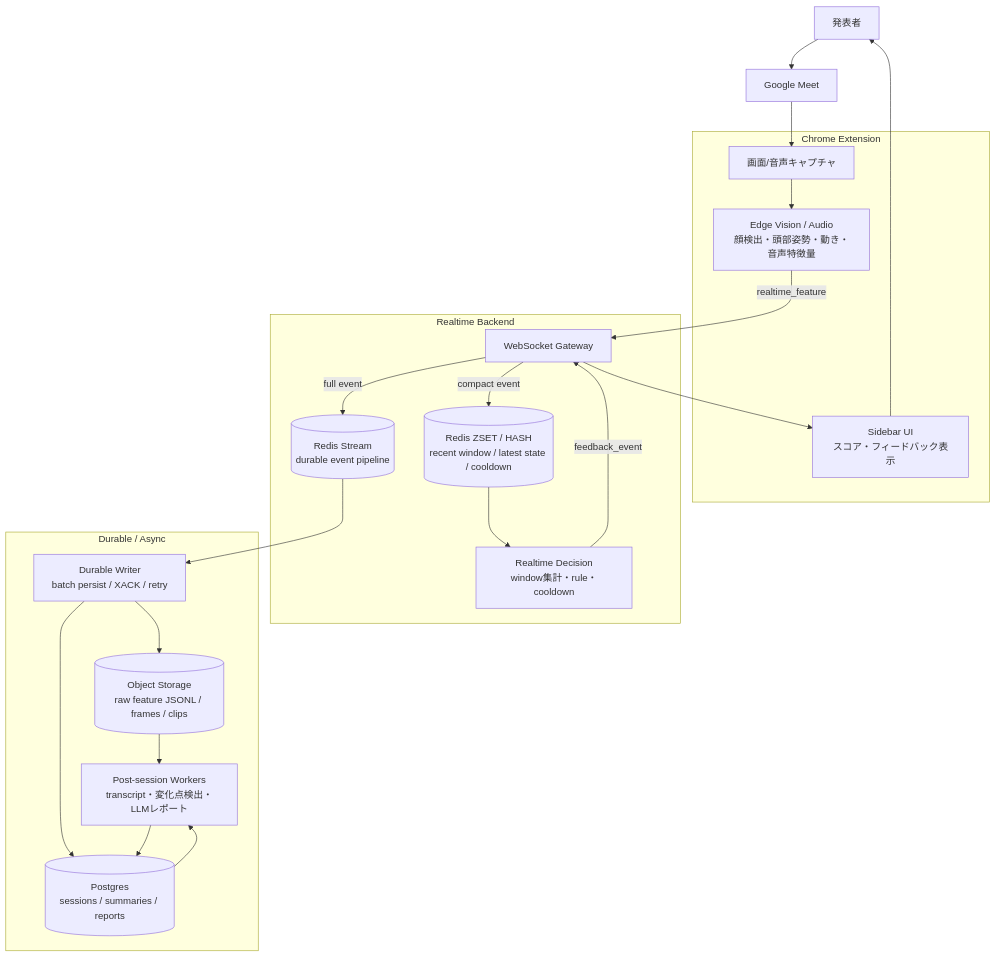
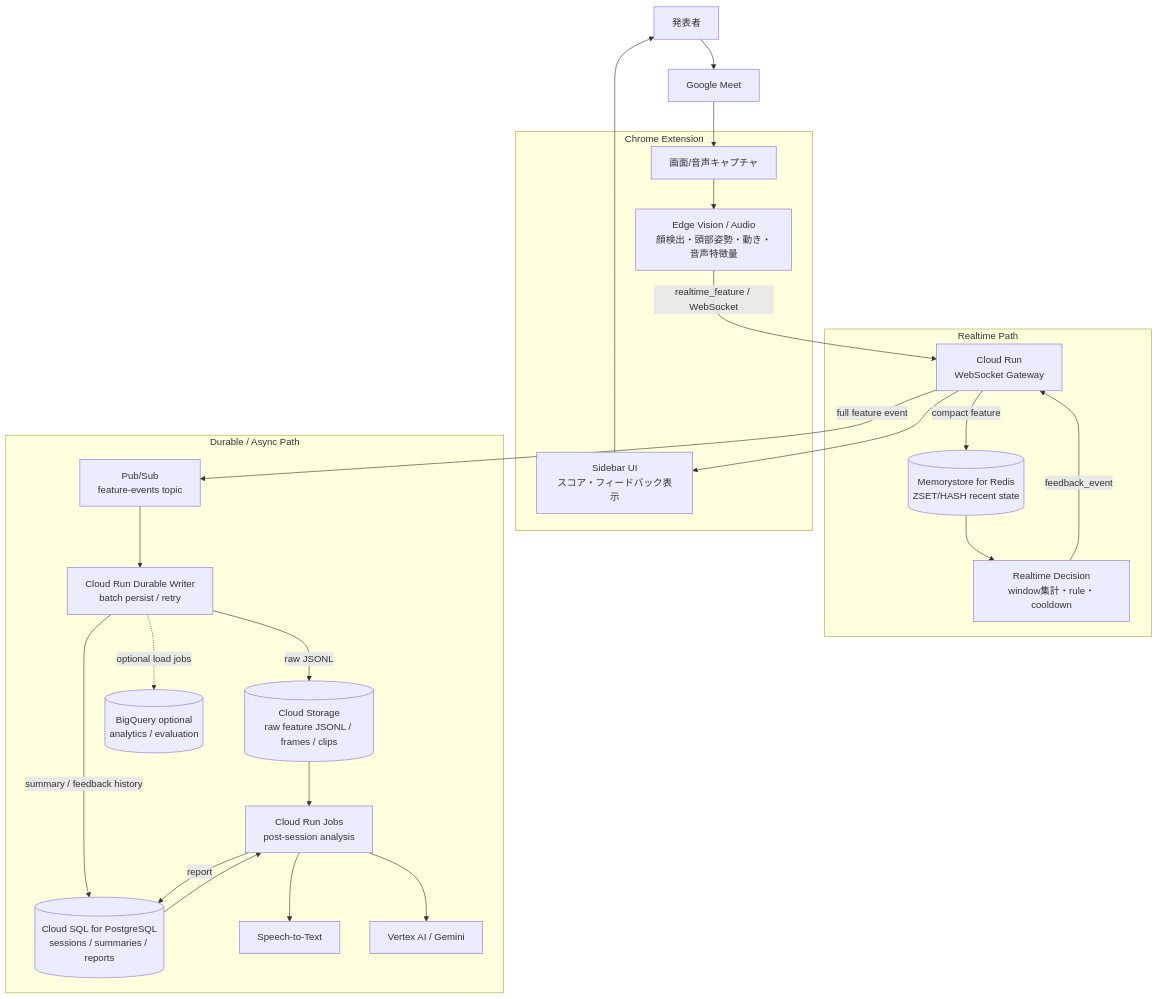
The diagram in architecture.md (k-kanke/reaction-engine), drawn with Mermaid before and after one commit. The commit also changed other lines of this file and 2 other files, not shown here.

Commit message:
fix: replace for google cloud service

````diff
--- a/architecture.md
+++ b/architecture.md
@@ -11,43 +31,51 @@
 ```mermaid
 flowchart TB
   presenter["発表者"]
   meet["Google Meet"]
 
   subgraph extension["Chrome Extension"]
     capture["画面/音声キャプチャ"]
     edge["Edge Vision / Audio<br/>顔検出・頭部姿勢・動き・音声特徴量"]
     sidebar["Sidebar UI<br/>スコア・フィードバック表示"]
   end
 
-  subgraph realtime["Realtime Backend"]
-    gateway["WebSocket Gateway"]
-    redisRecent[("Redis ZSET / HASH<br/>recent window / latest state / cooldown")]
-    redisStream[("Redis Stream<br/>durable event pipeline")]
+  subgraph realtime["Realtime Path"]
+    gateway["Cloud Run<br/>WebSocket Gateway"]
+    redis[("Memorystore for Redis<br/>ZSET/HASH recent state")]
     decision["Realtime Decision<br/>window集計・rule・cooldown"]
   end
 
-  subgraph durable["Durable / Async"]
-    writer["Durable Writer<br/>batch persist / XACK / retry"]
-    objectStorage[("Object Storage<br/>raw feature JSONL / frames / clips")]
-    postgres[("Postgres<br/>sessions / summaries / reports")]
-    workers["Post-session Workers<br/>transcript・変化点検出・LLMレポート"]
+  subgraph durable["Durable / Async Path"]
+    pubsub["Pub/Sub<br/>feature-events topic"]
+    writer["Cloud Run Durable Writer<br/>batch persist / retry"]
+    storage[("Cloud Storage<br/>raw feature JSONL / frames / clips")]
+    cloudsql[("Cloud SQL for PostgreSQL<br/>sessions / summaries / reports")]
+    jobs["Cloud Run Jobs<br/>post-session analysis"]
+    stt["Speech-to-Text"]
+    vertex["Vertex AI / Gemini"]
+    bq[("BigQuery optional<br/>analytics / evaluation")]
   end
 
   presenter --> meet
   meet --> capture
   capture --> edge
-  edge -->|realtime_feature| gateway
-  gateway -->|compact event| redisRecent
-  gateway -->|full event| redisStream
-  redisRecent --> decision
+  edge -->|realtime_feature / WebSocket| gateway
+
+  gateway -->|compact feature| redis
+  redis --> decision
   decision -->|feedback_event| gateway
   gateway --> sidebar
   sidebar --> presenter
 
-  redisStream --> writer
-  writer --> objectStorage
-  writer --> postgres
-  objectStorage --> workers
-  postgres --> workers
-  workers --> postgres
+  gateway -->|full feature event| pubsub
+  pubsub --> writer
+  writer -->|raw JSONL| storage
+  writer -->|summary / feedback history| cloudsql
+  writer -.->|optional load jobs| bq
+
+  storage --> jobs
+  cloudsql --> jobs
+  jobs --> stt
+  jobs --> vertex
+  jobs -->|report| cloudsql
 ```
````
